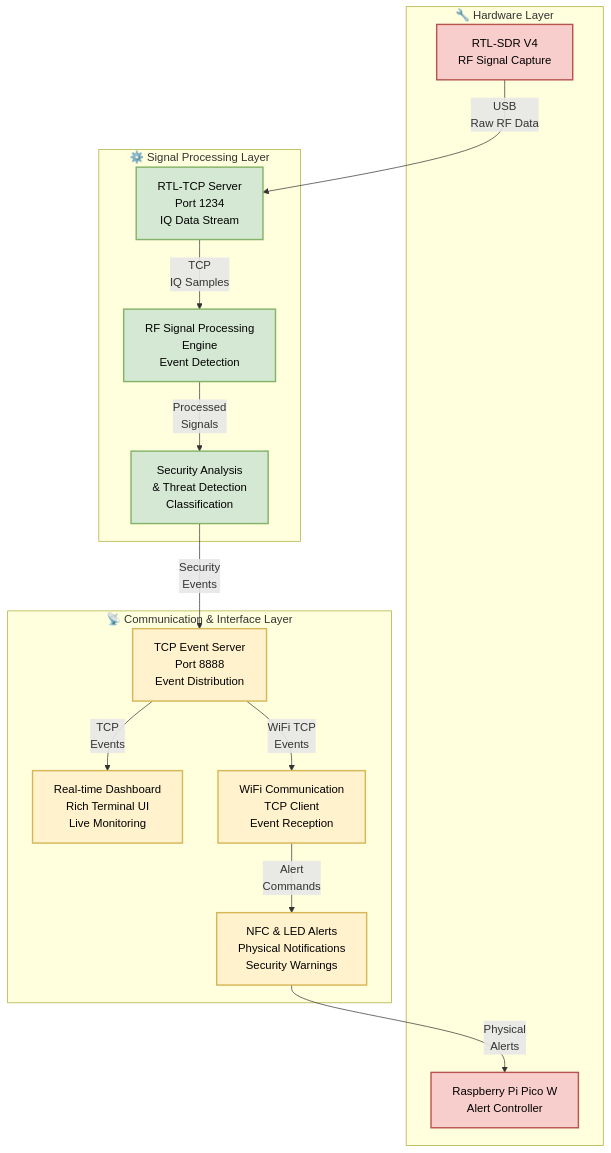
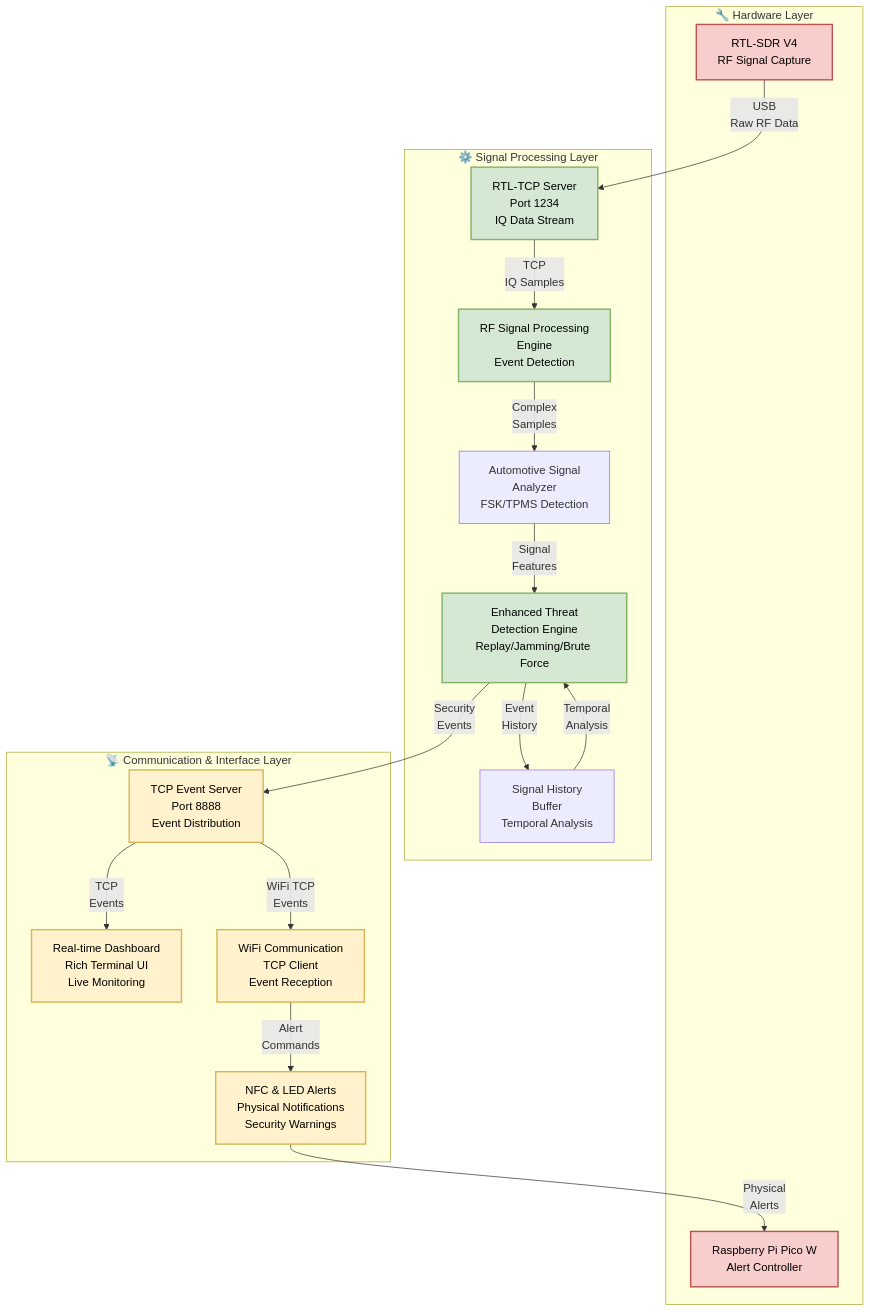
Before and after one commit to jondmarien/automotive-security-capstone: the first of 5 diagrams in backend/docs/diagrams/architecture.md, drawn with Mermaid. The commit also changed other lines of this file and 9 other files, not shown here.

First line of the commit message:
chore(docs): updated docs to match new enhanced signal detection

````diff
--- a/backend/docs/diagrams/architecture.md
+++ b/backend/docs/diagrams/architecture.md
@@ -5,42 +5,47 @@
 ```mermaid
 graph TB
     %% Hardware Layer
     subgraph HW ["🔧 Hardware Layer"]
         RTL[RTL-SDR V4<br/>RF Signal Capture]
         PICO[Raspberry Pi Pico W<br/>Alert Controller]
     end
     
     %% Processing Layer  
     subgraph PROC ["⚙️ Signal Processing Layer"]
         TCP_SRV[RTL-TCP Server<br/>Port 1234<br/>IQ Data Stream]
         SIG_PROC[RF Signal Processing<br/>Engine<br/>Event Detection]
-        DETECT[Security Analysis<br/>& Threat Detection<br/>Classification]
+        AUTO_ANALYZER[Automotive Signal<br/>Analyzer<br/>FSK/TPMS Detection]
+        HIST_BUFFER[Signal History<br/>Buffer<br/>Temporal Analysis]
+        DETECT[Enhanced Threat<br/>Detection Engine<br/>Replay/Jamming/Brute Force]
     end
     
     %% Communication Layer
     subgraph COMM ["📡 Communication & Interface Layer"]
         EVENT_SRV[TCP Event Server<br/>Port 8888<br/>Event Distribution]
         DASH[Real-time Dashboard<br/>Rich Terminal UI<br/>Live Monitoring]
         WIFI[WiFi Communication<br/>TCP Client<br/>Event Reception]
         ALERTS[NFC & LED Alerts<br/>Physical Notifications<br/>Security Warnings]
     end
     
     %% Data Flow
     RTL -->|USB<br/>Raw RF Data| TCP_SRV
     TCP_SRV -->|TCP<br/>IQ Samples| SIG_PROC
-    SIG_PROC -->|Processed<br/>Signals| DETECT
+    SIG_PROC -->|Complex<br/>Samples| AUTO_ANALYZER
+    AUTO_ANALYZER -->|Signal<br/>Features| DETECT
+    DETECT -->|Event<br/>History| HIST_BUFFER
+    HIST_BUFFER -->|Temporal<br/>Analysis| DETECT
     DETECT -->|Security<br/>Events| EVENT_SRV
     EVENT_SRV -->|TCP<br/>Events| DASH
     EVENT_SRV -->|WiFi TCP<br/>Events| WIFI
     WIFI -->|Alert<br/>Commands| ALERTS
     ALERTS -->|Physical<br/>Alerts| PICO
     
     %% Styling
     classDef hardware fill:#f8cecc,stroke:#b85450,stroke-width:2px,color:#000
     classDef processing fill:#d5e8d4,stroke:#82b366,stroke-width:2px,color:#000
     classDef communication fill:#fff2cc,stroke:#d6b656,stroke-width:2px,color:#000
     
     class RTL,PICO hardware
     class TCP_SRV,SIG_PROC,DETECT processing
     class EVENT_SRV,DASH,WIFI,ALERTS communication
 ```
````
